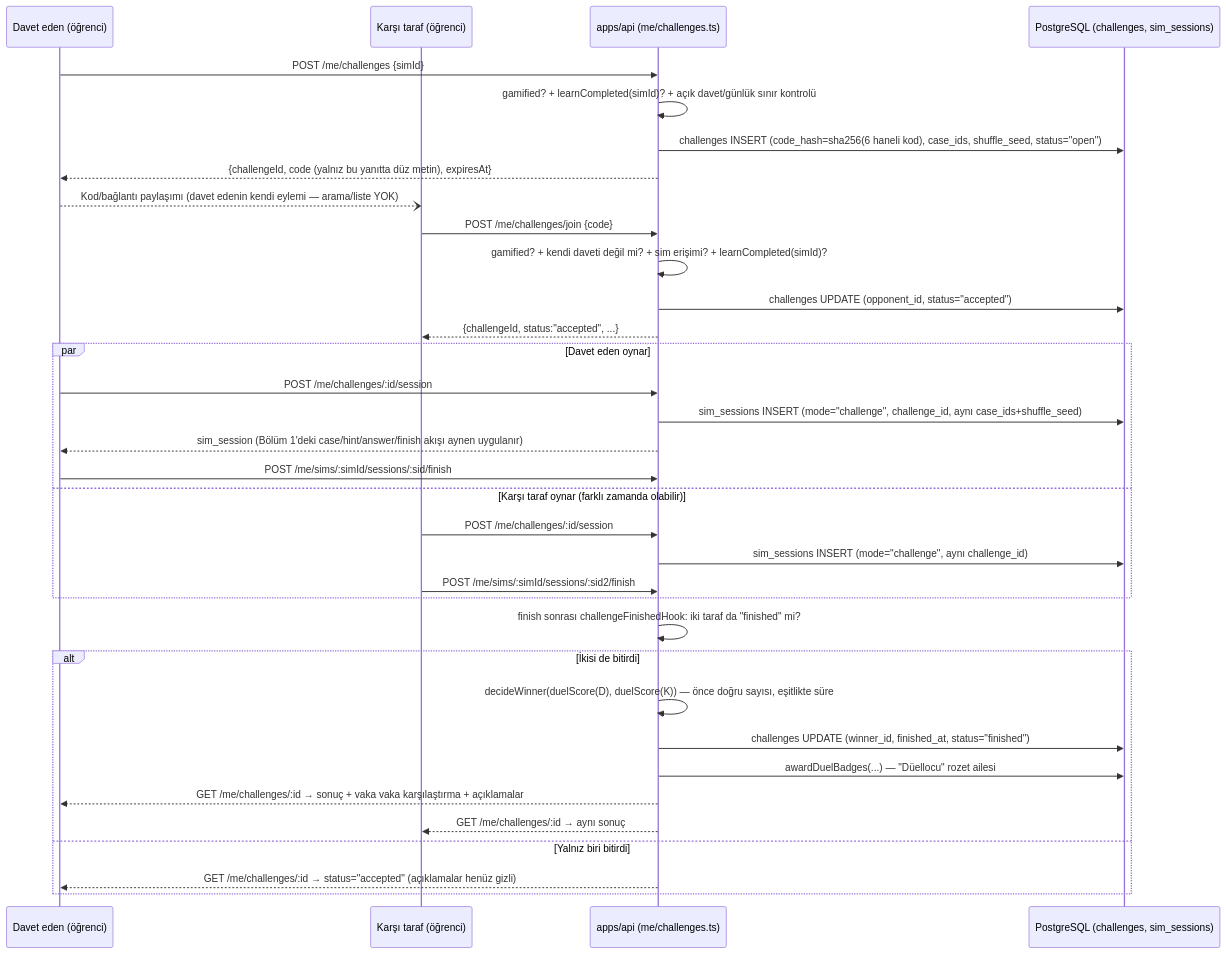
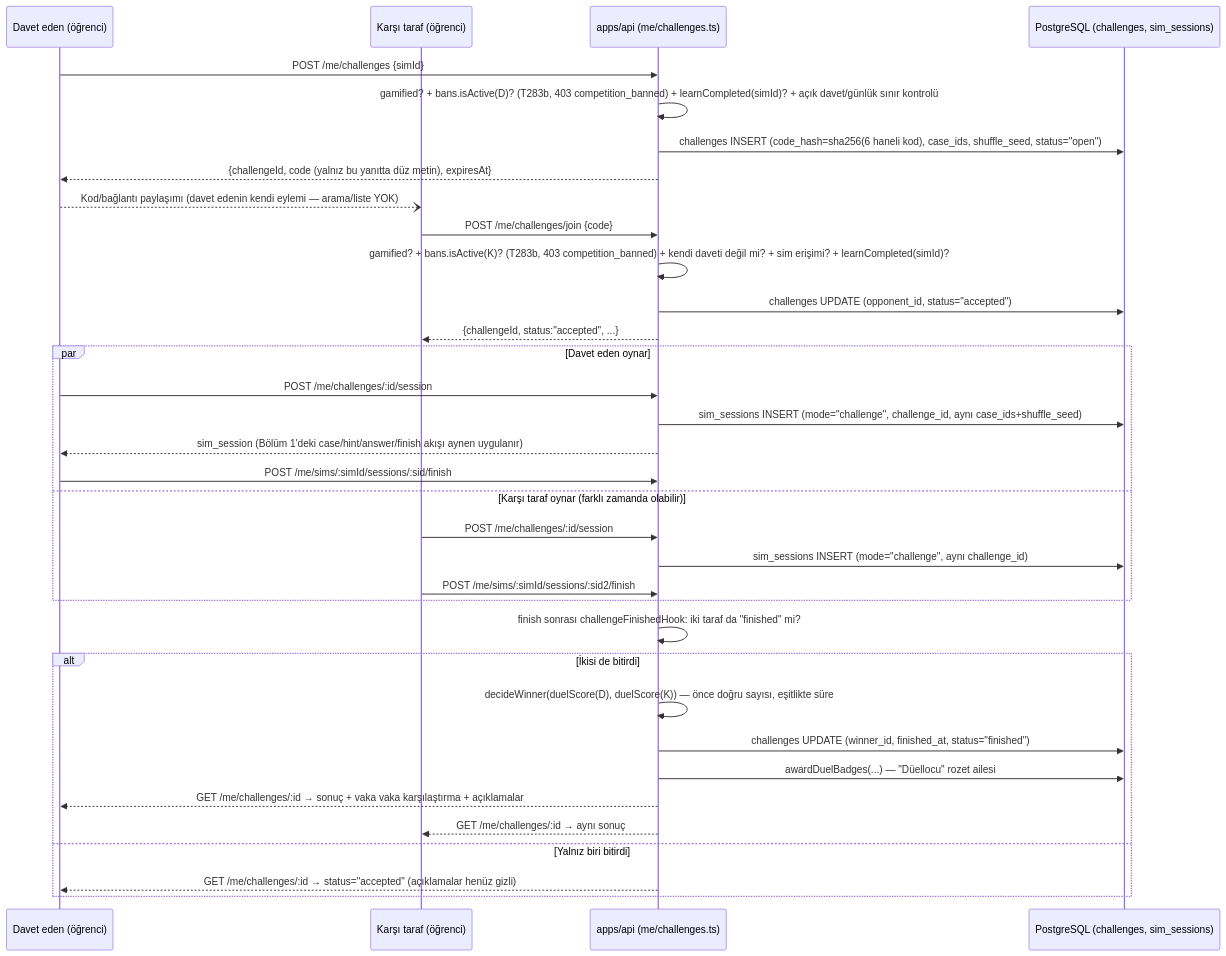
The second of 6 diagrams in docs/sema/akislar.md (ozankaraca10/egemed), drawn with Mermaid before and after one commit. The commit also changed other lines of this file and 19 other files, not shown here.

````diff
--- a/docs/sema/akislar.md
+++ b/docs/sema/akislar.md
@@ -77,40 +81,40 @@
 ```mermaid
 sequenceDiagram
   participant D as Davet eden (öğrenci)
   participant K as Karşı taraf (öğrenci)
   participant API as apps/api (me/challenges.ts)
   participant DB as PostgreSQL (challenges, sim_sessions)
 
   D->>API: POST /me/challenges {simId}
-  API->>API: gamified? + learnCompleted(simId)? + açık davet/günlük sınır kontrolü
+  API->>API: gamified? + bans.isActive(D)? (T283b, 403 competition_banned) + learnCompleted(simId)? + açık davet/günlük sınır kontrolü
   API->>DB: challenges INSERT (code_hash=sha256(6 haneli kod), case_ids, shuffle_seed, status="open")
   API-->>D: {challengeId, code (yalnız bu yanıtta düz metin), expiresAt}
   D--)K: Kod/bağlantı paylaşımı (davet edenin kendi eylemi — arama/liste YOK)
 
   K->>API: POST /me/challenges/join {code}
-  API->>API: gamified? + kendi daveti değil mi? + sim erişimi? + learnCompleted(simId)?
+  API->>API: gamified? + bans.isActive(K)? (T283b, 403 competition_banned) + kendi daveti değil mi? + sim erişimi? + learnCompleted(simId)?
   API->>DB: challenges UPDATE (opponent_id, status="accepted")
   API-->>K: {challengeId, status:"accepted", ...}
 
   par Davet eden oynar
     D->>API: POST /me/challenges/:id/session
     API->>DB: sim_sessions INSERT (mode="challenge", challenge_id, aynı case_ids+shuffle_seed)
     API-->>D: sim_session (Bölüm 1'deki case/hint/answer/finish akışı aynen uygulanır)
     D->>API: POST /me/sims/:simId/sessions/:sid/finish
   and Karşı taraf oynar (farklı zamanda olabilir)
     K->>API: POST /me/challenges/:id/session
     API->>DB: sim_sessions INSERT (mode="challenge", aynı challenge_id)
     K->>API: POST /me/sims/:simId/sessions/:sid2/finish
   end
 
   API->>API: finish sonrası challengeFinishedHook: iki taraf da "finished" mi?
   alt İkisi de bitirdi
     API->>API: decideWinner(duelScore(D), duelScore(K)) — önce doğru sayısı, eşitlikte süre
     API->>DB: challenges UPDATE (winner_id, finished_at, status="finished")
     API->>DB: awardDuelBadges(...) — "Düellocu" rozet ailesi
     API-->>D: GET /me/challenges/:id → sonuç + vaka vaka karşılaştırma + açıklamalar
     API-->>K: GET /me/challenges/:id → aynı sonuç
   else Yalnız biri bitirdi
     API-->>D: GET /me/challenges/:id → status="accepted" (açıklamalar henüz gizli)
   end
 ```
````
